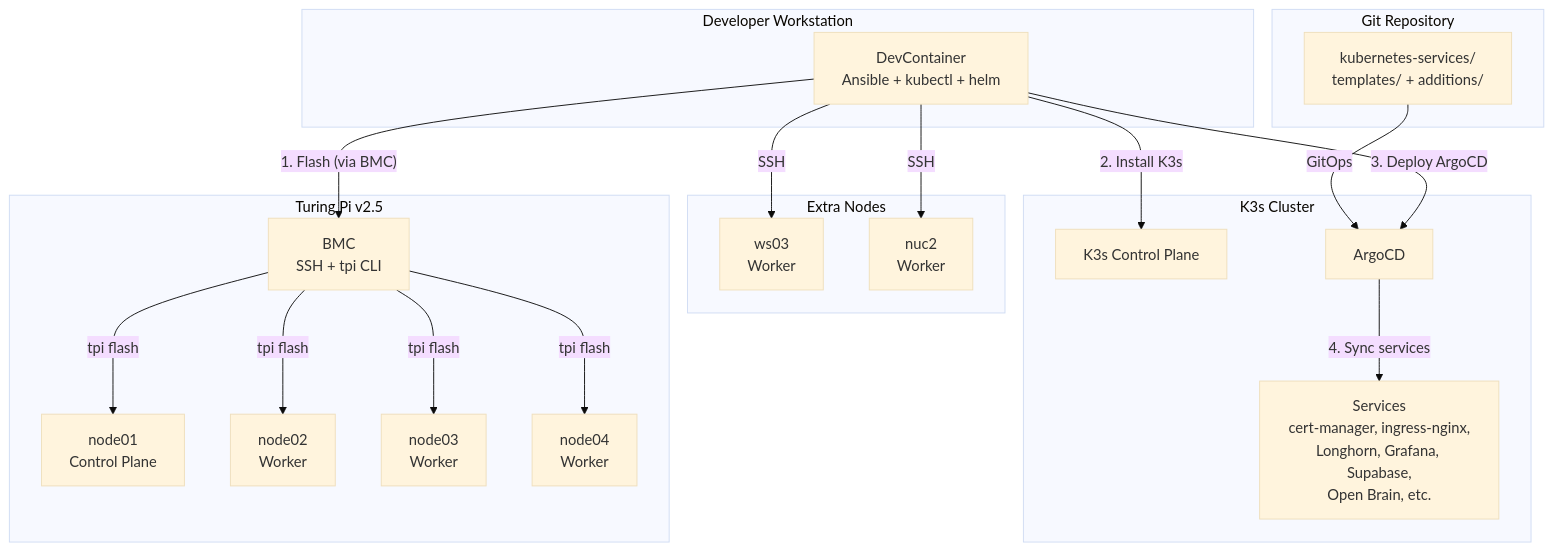
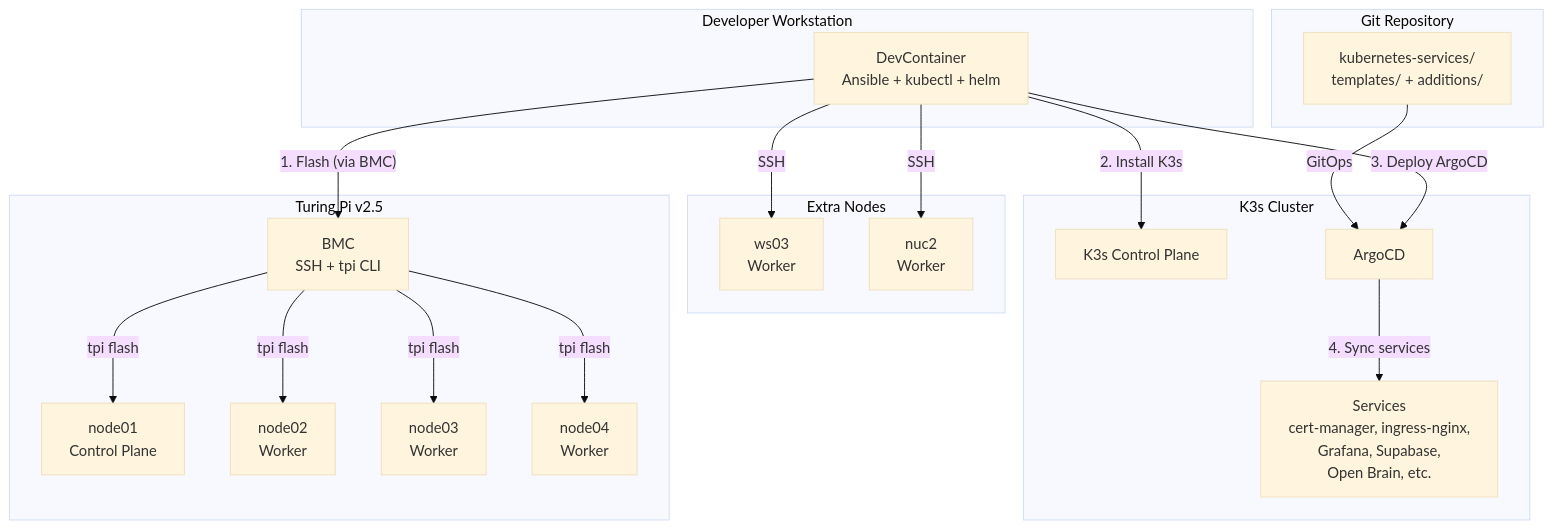
The first of 3 diagrams in docs/explanations/architecture.md (gilesknap/tpi-k3s-ansible), drawn with Mermaid (base theme) before and after one commit. The commit also changed other lines of this file and 22 other files, not shown here.

````diff
--- a/docs/explanations/architecture.md
+++ b/docs/explanations/architecture.md
@@ -11,37 +11,37 @@
 ```mermaid
 flowchart TB
     subgraph Workstation["Developer Workstation"]
         DC[DevContainer<br/>Ansible + kubectl + helm]
     end
 
     subgraph TuringPi["Turing Pi v2.5"]
         BMC[BMC<br/>SSH + tpi CLI]
         N1[node01<br/>Control Plane]
         N2[node02<br/>Worker]
         N3[node03<br/>Worker]
         N4[node04<br/>Worker]
     end
 
     subgraph Extra["Extra Nodes"]
         E1[ws03<br/>Worker]
         E2[nuc2<br/>Worker]
     end
 
     subgraph Cluster["K3s Cluster"]
         K3S[K3s Control Plane]
         ARGO[ArgoCD]
-        SVC[Services<br/>cert-manager, ingress-nginx,<br/>Longhorn, Grafana, Supabase,<br/>Open Brain, etc.]
+        SVC[Services<br/>cert-manager, ingress-nginx,<br/>Grafana, Supabase,<br/>Open Brain, etc.]
     end
 
     subgraph Git["Git Repository"]
         REPO["kubernetes-services/<br/>templates/ + additions/"]
     end
 
     DC -->|"1. Flash (via BMC)"| BMC
     BMC -->|"tpi flash"| N1 & N2 & N3 & N4
     DC -->|"2. Install K3s"| K3S
     DC -->|"3. Deploy ArgoCD"| ARGO
     ARGO -->|"4. Sync services"| SVC
     REPO -->|"GitOps"| ARGO
     DC -->|"SSH"| E1 & E2
 ```
````
